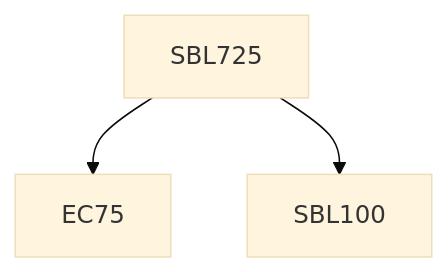
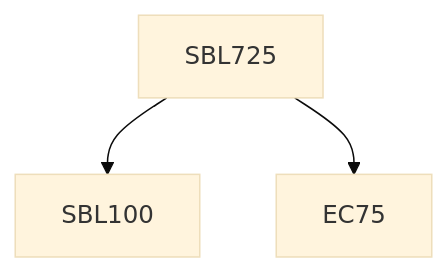
The diagram in content/Biological Sciences/SBL725.md (KeshavBansal0122/CoS_Website), drawn with Mermaid (base theme) before and after one commit. The commit also changed other lines of this file and 2662 other files, not shown here.

````diff
--- a/content/Biological Sciences/SBL725.md
+++ b/content/Biological Sciences/SBL725.md
@@ -15,9 +15,9 @@
 ```mermaid
 flowchart TD
 SBL725-1536[SBL725]
+SBL725-1536 --> SBL100-1536[SBL100]
 SBL725-1536 --> EC75-1536[EC75]
-SBL725-1536 --> SBL100-1536[SBL100]
 
 classDef empty height:17px, fill:transparent, stroke:transparent;
 classDef trueEmpty height:0px, width:0px;
 ```
````
